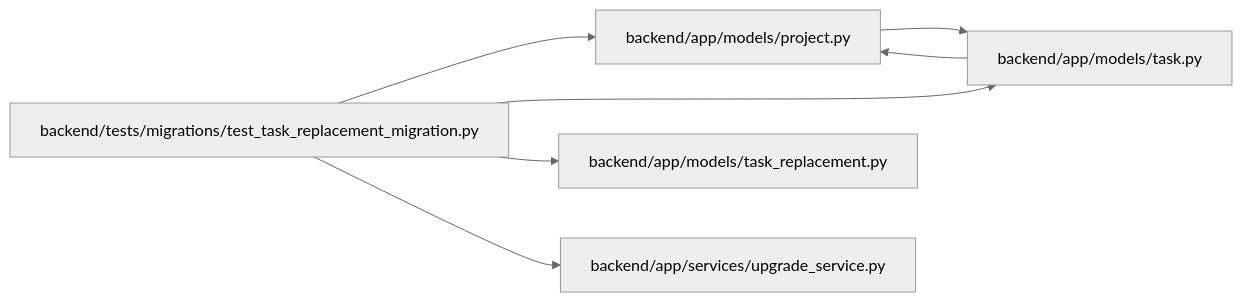
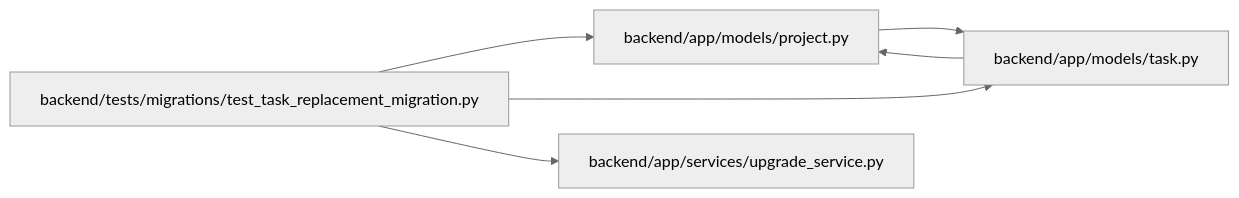
Before and after one commit to Denissvgn/WorkChord: the diagram in docs/llm_wiki/modules/test_task_replacement_migration.md, drawn with Mermaid (neutral theme). The commit also changed other lines of this file and 693 other files, not shown here.

Commit message:
Sync the architectural wiki for superseding work with an accepted successor

````diff
--- a/docs/llm_wiki/modules/test_task_replacement_migration.md
+++ b/docs/llm_wiki/modules/test_task_replacement_migration.md
@@ -26,19 +25,16 @@
 ```mermaid
 flowchart LR
     n0["backend/app/models/project.py"]
     n1["backend/app/models/task.py"]
-    n2["backend/app/models/task_replacement.py"]
-    n3["backend/app/services/upgrade_service.py"]
-    n4["backend/tests/migrations/test_task_replacement_migration.py"]
+    n2["backend/app/services/upgrade_service.py"]
+    n3["backend/tests/migrations/test_task_replacement_migration.py"]
     n0 --> n1
     n1 --> n0
-    n4 --> n0
-    n4 --> n1
-    n4 --> n2
-    n4 --> n3
+    n3 --> n0
+    n3 --> n1
+    n3 --> n2
     click n0 "../modules/models_project.md"
     click n1 "../modules/models_task.md"
-    click n2 "../modules/models_task_replacement.md"
-    click n3 "../modules/upgrade_service.md"
-    click n4 "../modules/test_task_replacement_migration.md"
+    click n2 "../modules/upgrade_service.md"
+    click n3 "../modules/test_task_replacement_migration.md"
 ```
````
